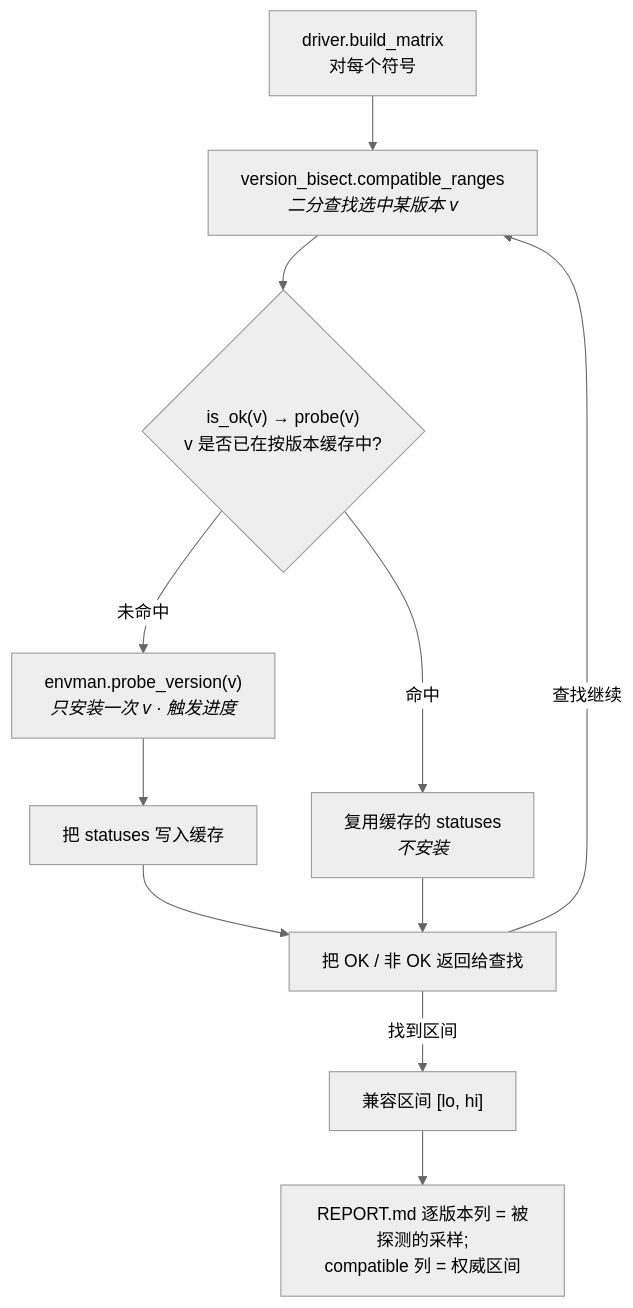
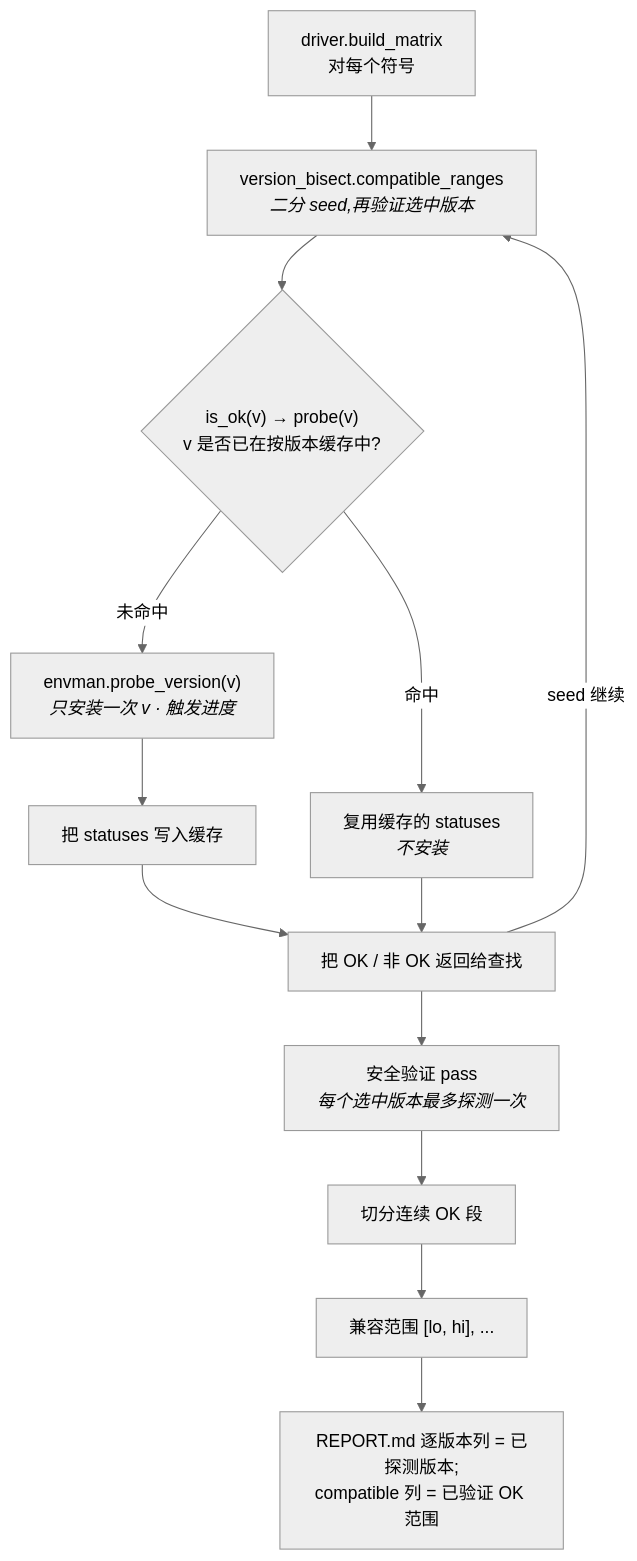
The eighth of 8 diagrams in README.md (joe0731/modelopt_ptq_transformers_doctor), drawn with Mermaid (neutral theme) before and after one commit. The commit also changed other lines of this file and 11 other files, not shown here.

Commit message:
feat: validate compatibility ranges and show affected models

````diff
--- a/README.md
+++ b/README.md
@@ -435,13 +463,15 @@
 ```mermaid
 flowchart TD
-    drive["driver.build_matrix<br/>对每个符号"] --> search["version_bisect.compatible_ranges<br/><i>二分查找选中某版本 v</i>"]
+    drive["driver.build_matrix<br/>对每个符号"] --> search["version_bisect.compatible_ranges<br/><i>二分 seed,再验证选中版本</i>"]
     search --> ask{"is_ok(v) → probe(v)<br/>v 是否已在按版本缓存中?"}
     ask -->|命中| reuse["复用缓存的 statuses<br/><i>不安装</i>"]
     ask -->|未命中| install["envman.probe_version(v)<br/><i>只安装一次 v · 触发进度</i>"]
     install --> store["把 statuses 写入缓存"]
     store --> verdict["把 OK / 非 OK 返回给查找"]
     reuse --> verdict
-    verdict -->|查找继续| search
-    verdict -->|找到区间| window["兼容区间 [lo, hi]"]
-    window --> note["REPORT.md 逐版本列 = 被探测的采样;<br/>compatible 列 = 权威区间"]
+    verdict -->|seed 继续| search
+    verdict --> validate["安全验证 pass<br/><i>每个选中版本最多探测一次</i>"]
+    validate --> split["切分连续 OK 段"]
+    split --> window["兼容范围 [lo, hi], ..."]
+    window --> note["REPORT.md 逐版本列 = 已探测版本;<br/>compatible 列 = 已验证 OK 范围"]
 ```
````
